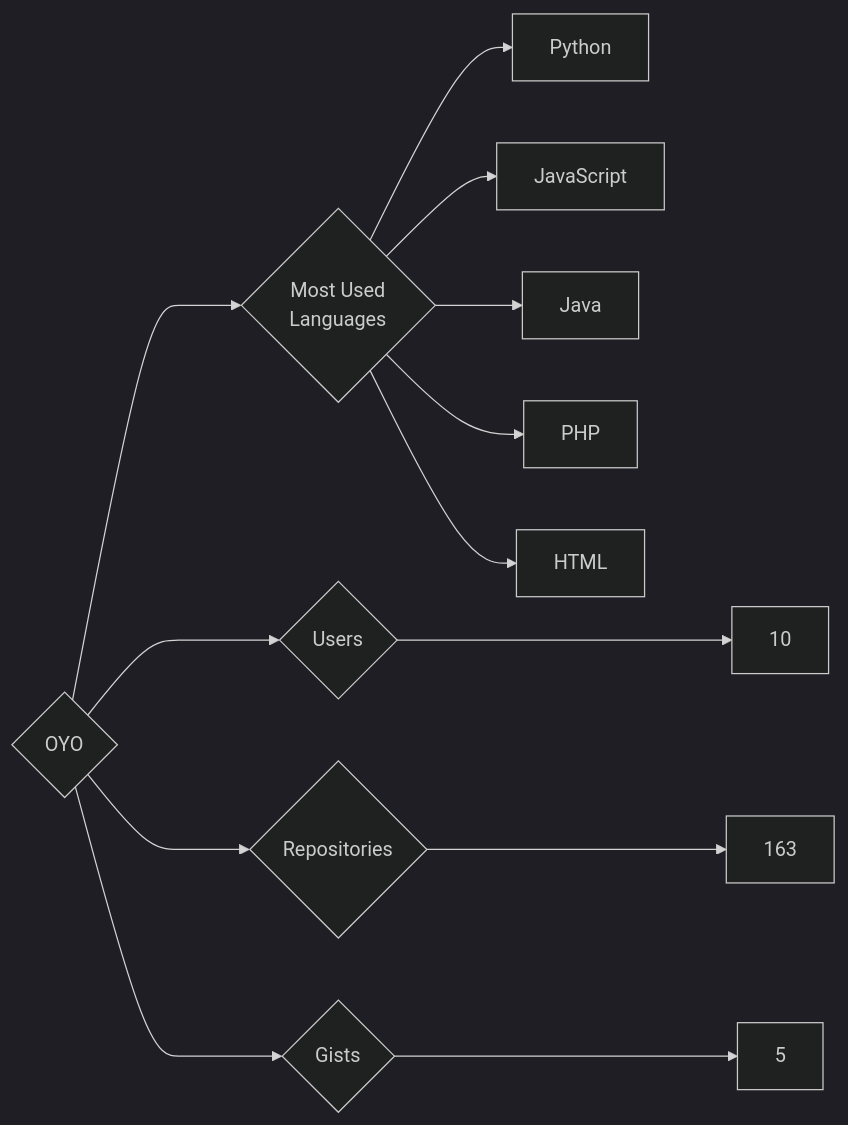
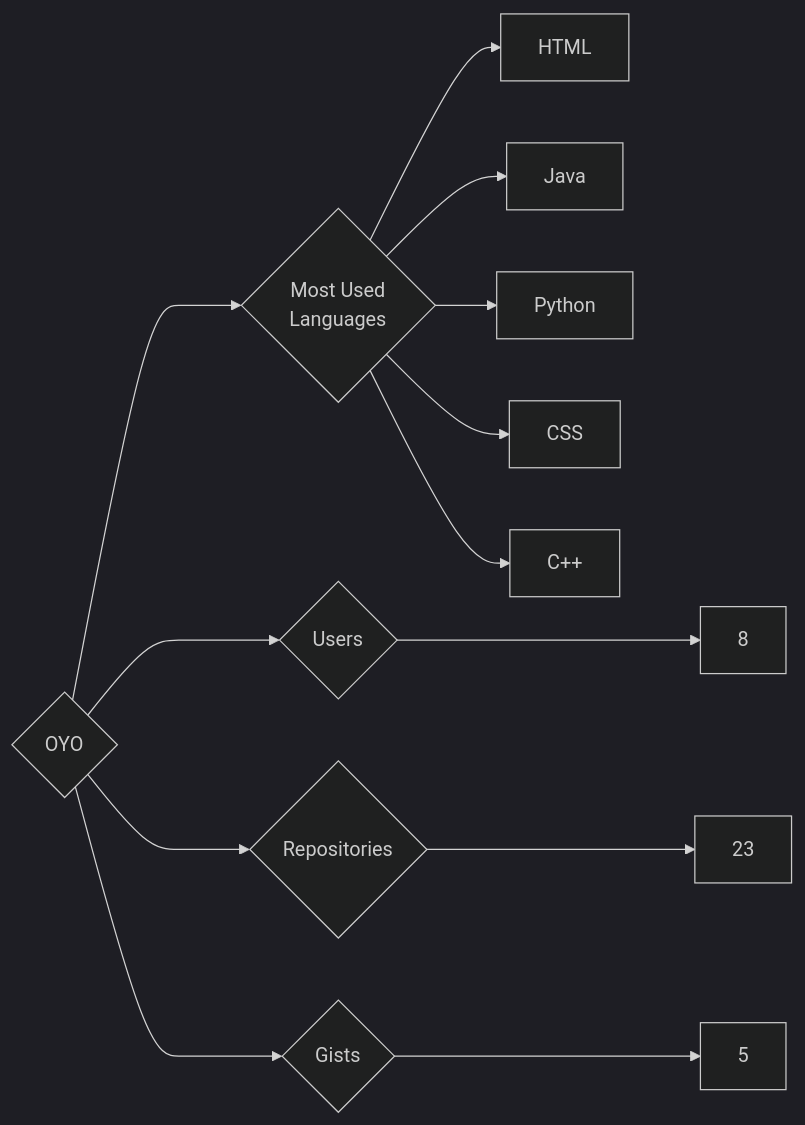
One commit to trickest/insiders changed the diagram in targets/OYO/README.md. Above: the diagram before and after it, drawn with Mermaid (dark theme). The commit also changed 806 other files, not shown here.

````diff
--- a/targets/OYO/README.md
+++ b/targets/OYO/README.md
@@ -3,13 +3,13 @@
 ```mermaid
 graph LR
 COMPANY_NAME{OYO}
-COMPANY_NAME ---> U{Users} ---> UN[10]
-COMPANY_NAME ---> R{Repositories} ---> RN[163]
+COMPANY_NAME ---> U{Users} ---> UN[8]
+COMPANY_NAME ---> R{Repositories} ---> RN[23]
 COMPANY_NAME ---> G{Gists} ---> GN[5]
 COMPANY_NAME ---> ML{Most Used<br>Languages}
+ML --> HTML[HTML]
+ML --> Java[Java]
 ML --> Python[Python]
-ML --> JavaScript[JavaScript]
-ML --> Java[Java]
-ML --> PHP[PHP]
-ML --> HTML[HTML]
+ML --> CSS[CSS]
+ML --> C++[C++]
 ```
````
